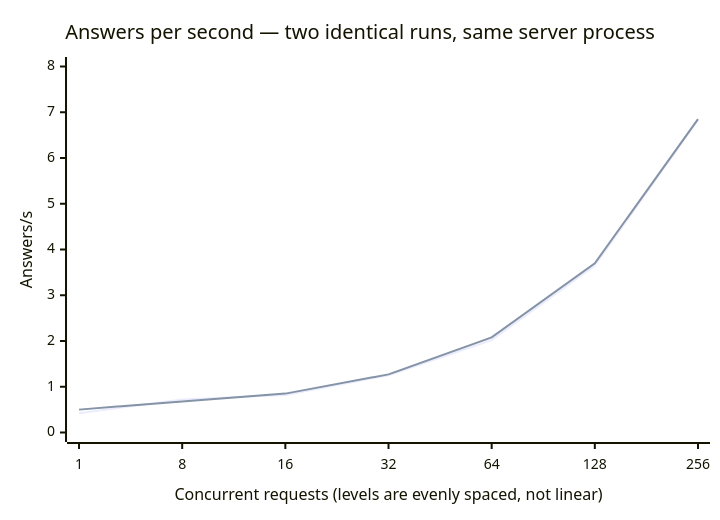
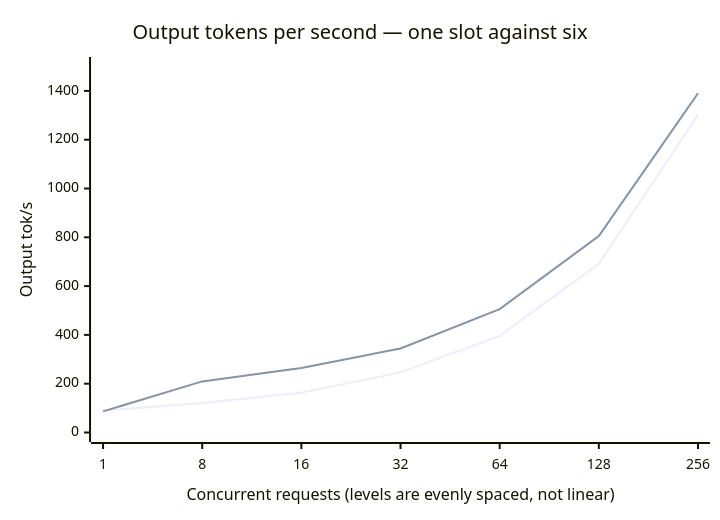
One commit to flash-ultra/ai-server-setup changed the first of 2 diagrams in cloudscale-gpu2-256-40-2-1600/qwen3-8-flash-next/llama-cpp/scenarios/concurrent-load.md. Above: the diagram before and after it, drawn with Mermaid. The commit also changed other lines of this file and 6 other files, not shown here.

````diff
--- a/cloudscale-gpu2-256-40-2-1600/qwen3-8-flash-next/llama-cpp/scenarios/concurrent-load.md
+++ b/cloudscale-gpu2-256-40-2-1600/qwen3-8-flash-next/llama-cpp/scenarios/concurrent-load.md
@@ -42,8 +94,8 @@
 ```mermaid
 xychart-beta
-    title "Answers per second — two identical runs, same server process"
+    title "Output tokens per second — one slot against six"
     x-axis "Concurrent requests (levels are evenly spaced, not linear)" [1, 8, 16, 32, 64, 128, 256]
-    y-axis "Answers/s" 0 --> 8
-    line "Run 1" [0.42, 0.72, 0.82, 1.25, 2.02, 3.65, 6.83]
-    line "Run 2" [0.50, 0.68, 0.85, 1.27, 2.08, 3.70, 6.85]
+    y-axis "Output tok/s" 0 --> 1500
+    line "A · 1 slot · Q5" [89.7, 121.0, 163.2, 246.6, 396.0, 691.5, 1301.8]
+    line "B · 6 slots · Q6" [86.5, 209.4, 264.4, 344.3, 505.9, 805.2, 1390.3]
 ```
````
